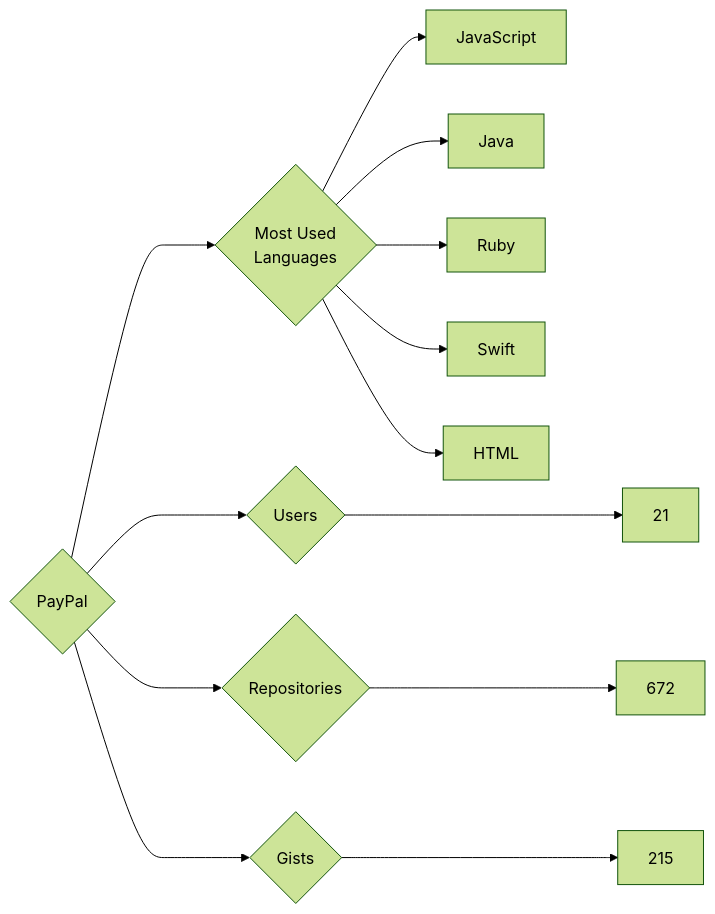
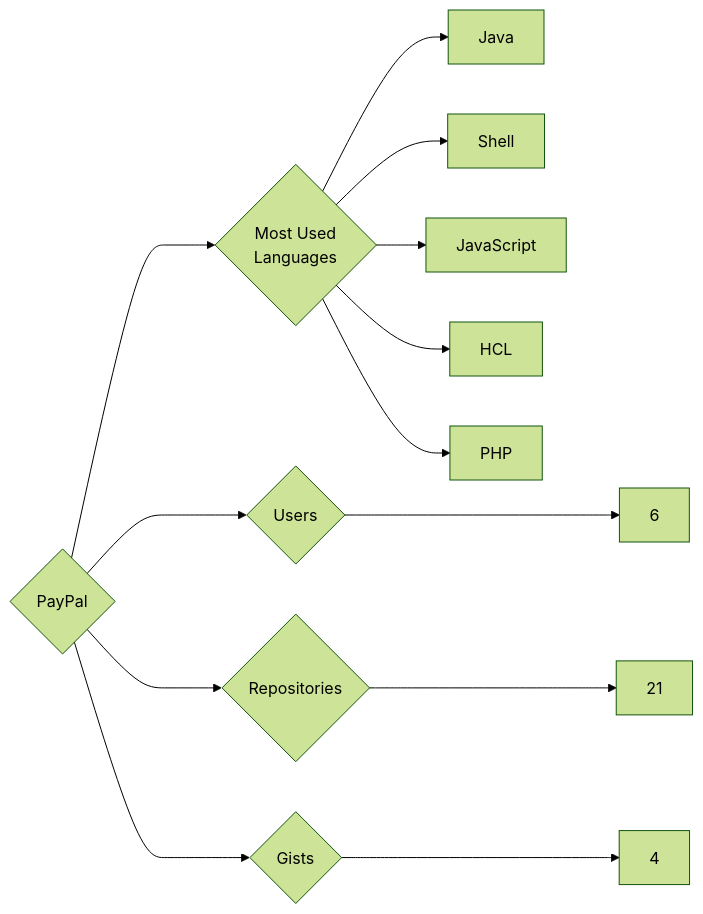
One commit to trickest/insiders changed the diagram in targets/PayPal/README.md. Above: the diagram before and after it, drawn with Mermaid (forest theme). The commit also changed 582 other files, not shown here.

````diff
--- a/targets/PayPal/README.md
+++ b/targets/PayPal/README.md
@@ -3,13 +3,13 @@
 ```mermaid
 graph LR
 COMPANY_NAME{PayPal}
-COMPANY_NAME ---> U{Users} ---> UN[21]
-COMPANY_NAME ---> R{Repositories} ---> RN[672]
-COMPANY_NAME ---> G{Gists} ---> GN[215]
+COMPANY_NAME ---> U{Users} ---> UN[6]
+COMPANY_NAME ---> R{Repositories} ---> RN[21]
+COMPANY_NAME ---> G{Gists} ---> GN[4]
 COMPANY_NAME ---> ML{Most Used<br>Languages}
+ML --> Java[Java]
+ML --> Shell[Shell]
 ML --> JavaScript[JavaScript]
-ML --> Java[Java]
-ML --> Ruby[Ruby]
-ML --> Swift[Swift]
-ML --> HTML[HTML]
+ML --> HCL[HCL]
+ML --> PHP[PHP]
 ```
````
